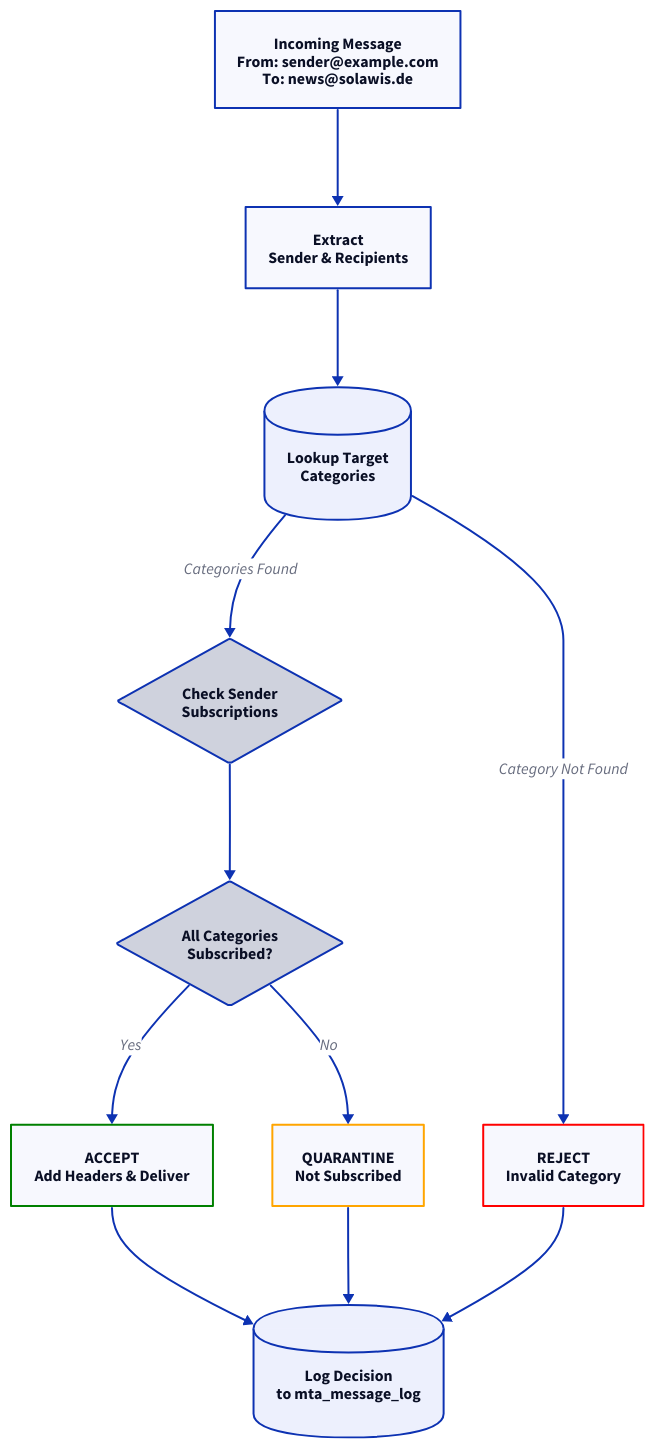
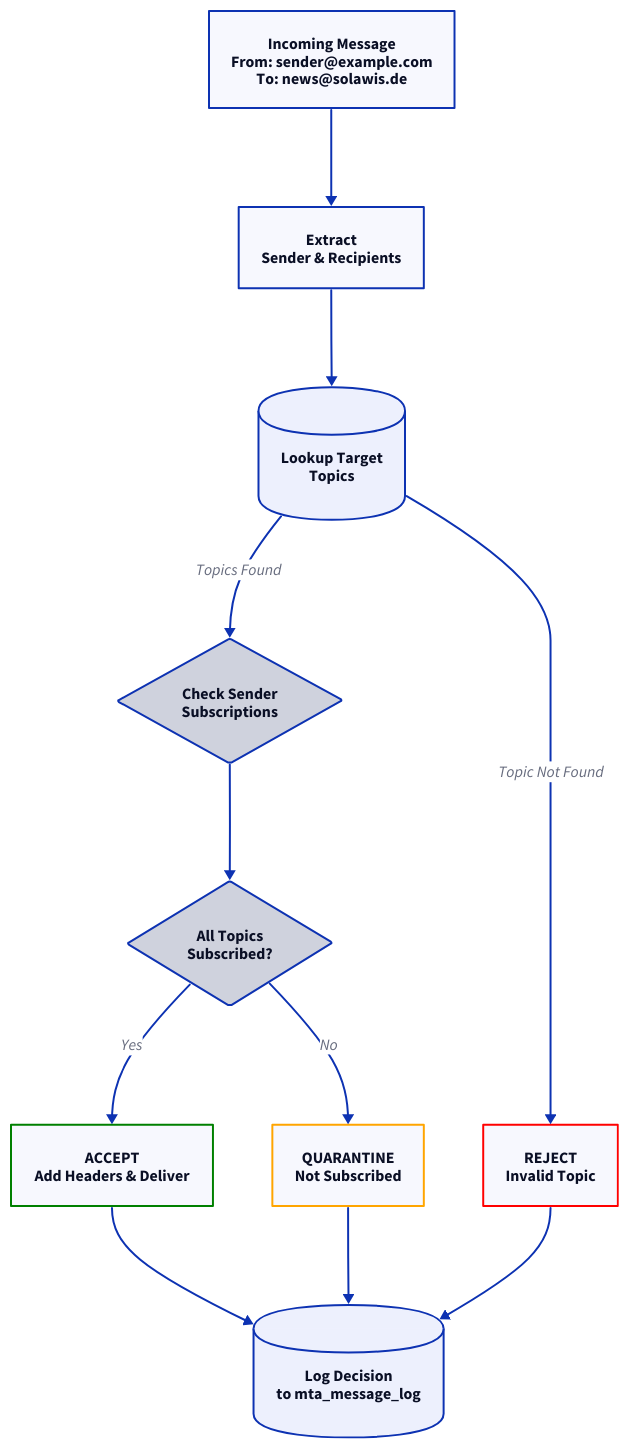
One commit to enaut/kommunikationszentrum changed the diagram in docs/src/email/subscriptions-checking-flow.d2. Above: the diagram before and after it, drawn with D2. The commit also changed 217 other files, not shown here.

```diff
--- a/docs/src/email/subscriptions-checking-flow.d2
+++ b/docs/src/email/subscriptions-checking-flow.d2
@@ -1,34 +1,34 @@
 direction: down
 
 incoming_message: "Incoming Message\nFrom: sender@example.com\nTo: news@solawis.de"
 extract_metadata: "Extract\nSender & Recipients"
-lookup_categories: "Lookup Target\nCategories" { shape: cylinder }
+lookup_topics: "Lookup Target\nTopics" { shape: cylinder }
 check_subscriptions: "Check Sender\nSubscriptions" { shape: diamond }
-all_subscribed: "All Categories\nSubscribed?" { shape: diamond }
+all_subscribed: "All Topics\nSubscribed?" { shape: diamond }
 
 accept_message: "ACCEPT\nAdd Headers & Deliver" {
   style.stroke: green
 }
 quarantine_message: "QUARANTINE\nNot Subscribed" {
   style.stroke: orange
 }
-reject_message: "REJECT\nInvalid Category" {
+reject_message: "REJECT\nInvalid Topic" {
   style.stroke: red
 }
 
 log_decision: "Log Decision\nto mta_message_log" { shape: cylinder }
 
 incoming_message -> extract_metadata
-extract_metadata -> lookup_categories
+extract_metadata -> lookup_topics
 
-lookup_categories -> check_subscriptions: "Categories Found"
-lookup_categories -> reject_message: "Category Not Found"
+lookup_topics -> check_subscriptions: "Topics Found"
+lookup_topics -> reject_message: "Topic Not Found"
 
 check_subscriptions -> all_subscribed
 
 all_subscribed -> accept_message: "Yes"
 all_subscribed -> quarantine_message: "No"
 
 accept_message -> log_decision
 quarantine_message -> log_decision
 reject_message -> log_decision
```
